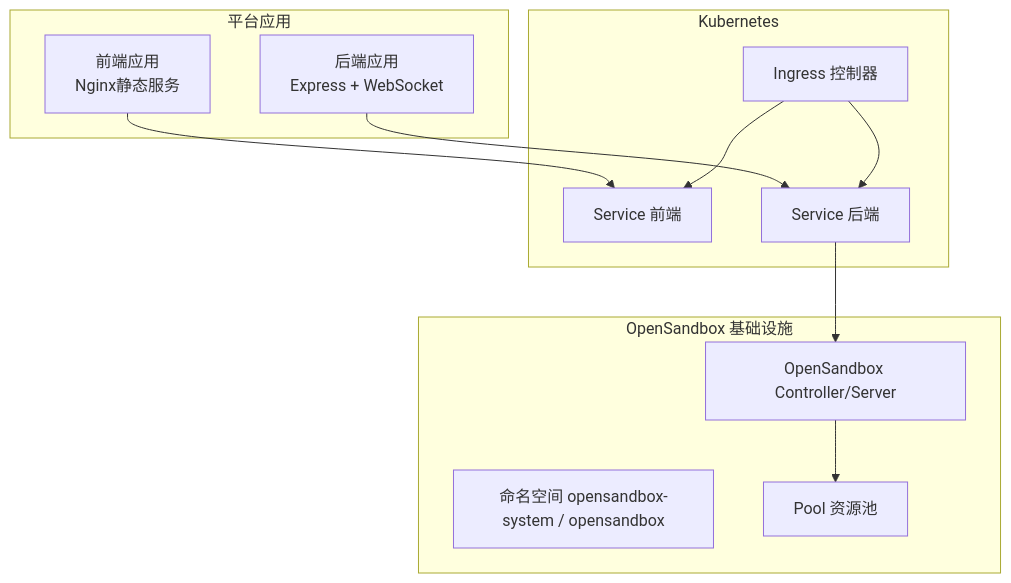
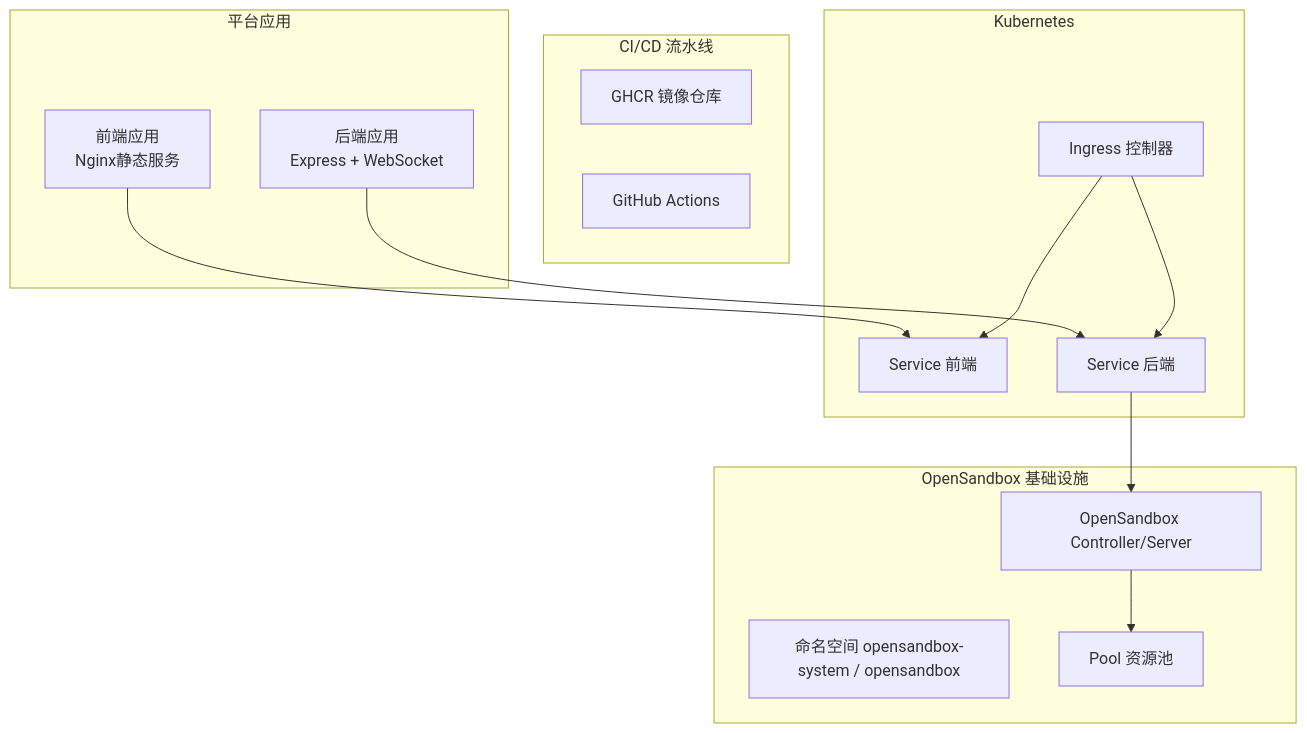
Before and after one commit to RabbitAI-Lab/Sandbox-Manager: the first of 7 diagrams in .qoder/repowiki/zh/content/部署与运维/部署与运维.md, drawn with Mermaid. The commit also changed other lines of this file and 11 other files, not shown here.

````diff
--- a/.qoder/repowiki/zh/content/部署与运维/部署与运维.md
+++ b/.qoder/repowiki/zh/content/部署与运维/部署与运维.md
@@ -43,23 +61,27 @@
 ```mermaid
 graph TB
+subgraph "CI/CD 流水线"
+GHCR["GHCR 镜像仓库"]
+GA["GitHub Actions"]
+end
 subgraph "平台应用"
 FE["前端应用<br/>Nginx静态服务"]
 BE["后端应用<br/>Express + WebSocket"]
 end
 subgraph "Kubernetes"
 SVC_FE["Service 前端"]
 SVC_BE["Service 后端"]
 ING["Ingress 控制器"]
 end
 subgraph "OpenSandbox 基础设施"
 OSB_NS["命名空间 opensandbox-system / opensandbox"]
 OSB_CTRL["OpenSandbox Controller/Server"]
 POOL["Pool 资源池"]
 end
 FE --> SVC_FE
 BE --> SVC_BE
 ING --> SVC_FE
 ING --> SVC_BE
 SVC_BE --> OSB_CTRL
 OSB_CTRL --> POOL
 ```
````
